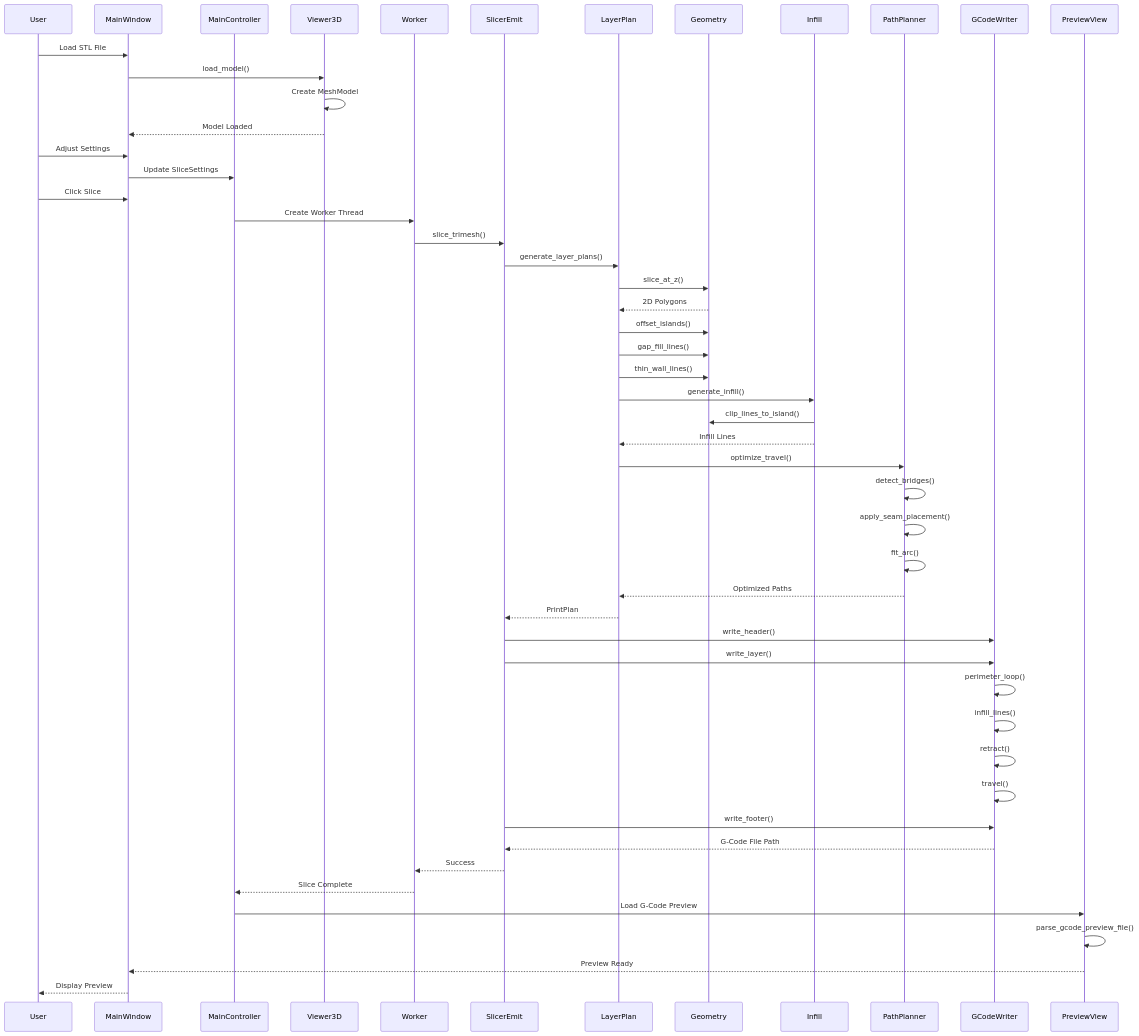
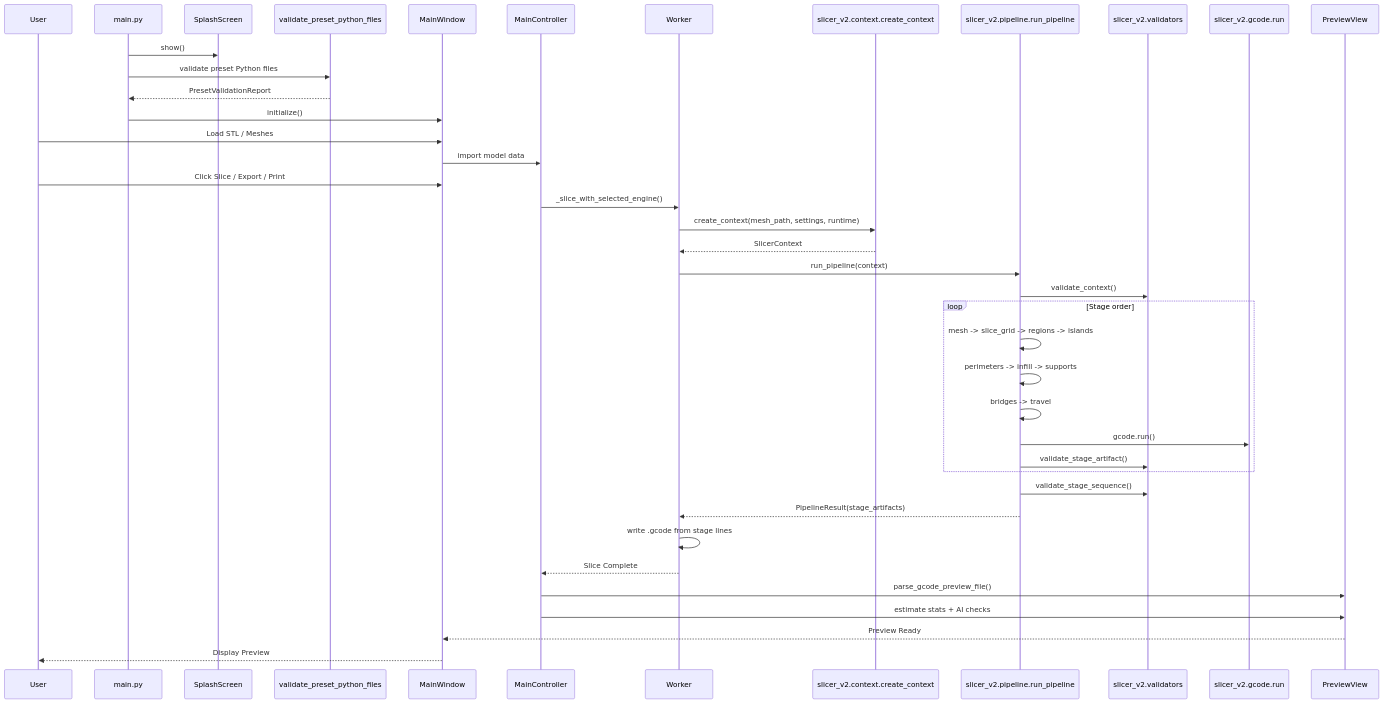
One commit to Electrovian/Project-PrintNet changed the diagram in Research/MitchellCharts/charts/component_interaction_flow.md. Above: the diagram before and after it, drawn with Mermaid. The commit also changed 82 other files, not shown here.

````diff
--- a/Research/MitchellCharts/charts/component_interaction_flow.md
+++ b/Research/MitchellCharts/charts/component_interaction_flow.md
@@ -3,63 +3,49 @@
 ```mermaid
 sequenceDiagram
     participant User
+    participant AppMain as main.py
+    participant Splash as SplashScreen
+    participant PresetCheck as validate_preset_python_files
     participant MainWindow
     participant MainController
-    participant Viewer3D
     participant Worker
-    participant SlicerEmit
-    participant LayerPlan
-    participant Geometry
-    participant Infill
-    participant PathPlanner
-    participant GCodeWriter
+    participant V2Context as slicer_v2.context.create_context
+    participant Pipeline as slicer_v2.pipeline.run_pipeline
+    participant Validators as slicer_v2.validators
+    participant GCodeStage as slicer_v2.gcode.run
     participant PreviewView
 
-    User->>MainWindow: Load STL File
-    MainWindow->>Viewer3D: load_model()
-    Viewer3D->>Viewer3D: Create MeshModel
-    Viewer3D-->>MainWindow: Model Loaded
+    AppMain->>Splash: show()
+    AppMain->>PresetCheck: validate preset Python files
+    PresetCheck-->>AppMain: PresetValidationReport
+    AppMain->>MainWindow: initialize()
 
-    User->>MainWindow: Adjust Settings
-    MainWindow->>MainController: Update SliceSettings
+    User->>MainWindow: Load STL / Meshes
+    MainWindow->>MainController: import model data
 
-    User->>MainWindow: Click Slice
-    MainController->>Worker: Create Worker Thread
-    Worker->>SlicerEmit: slice_trimesh()
+    User->>MainWindow: Click Slice / Export / Print
+    MainController->>Worker: _slice_with_selected_engine()
 
-    SlicerEmit->>LayerPlan: generate_layer_plans()
-    LayerPlan->>Geometry: slice_at_z()
-    Geometry-->>LayerPlan: 2D Polygons
+    Worker->>V2Context: create_context(mesh_path, settings, runtime)
+    V2Context-->>Worker: SlicerContext
+    Worker->>Pipeline: run_pipeline(context)
+    Pipeline->>Validators: validate_context()
 
-    LayerPlan->>Geometry: offset_islands()
-    LayerPlan->>Geometry: gap_fill_lines()
-    LayerPlan->>Geometry: thin_wall_lines()
+    loop Stage order
+        Pipeline->>Pipeline: mesh -> slice_grid -> regions -> islands
+        Pipeline->>Pipeline: perimeters -> infill -> supports
+        Pipeline->>Pipeline: bridges -> travel
+        Pipeline->>GCodeStage: gcode.run()
+        Pipeline->>Validators: validate_stage_artifact()
+    end
 
-    LayerPlan->>Infill: generate_infill()
-    Infill->>Geometry: clip_lines_to_island()
-    Infill-->>LayerPlan: Infill Lines
+    Pipeline->>Validators: validate_stage_sequence()
+    Pipeline-->>Worker: PipelineResult(stage_artifacts)
 
-    LayerPlan->>PathPlanner: optimize_travel()
-    PathPlanner->>PathPlanner: detect_bridges()
-    PathPlanner->>PathPlanner: apply_seam_placement()
-    PathPlanner->>PathPlanner: fit_arc()
-    PathPlanner-->>LayerPlan: Optimized Paths
-
-    LayerPlan-->>SlicerEmit: PrintPlan
-
-    SlicerEmit->>GCodeWriter: write_header()
-    SlicerEmit->>GCodeWriter: write_layer()
-    GCodeWriter->>GCodeWriter: perimeter_loop()
-    GCodeWriter->>GCodeWriter: infill_lines()
-    GCodeWriter->>GCodeWriter: retract()
-    GCodeWriter->>GCodeWriter: travel()
-    SlicerEmit->>GCodeWriter: write_footer()
-    GCodeWriter-->>SlicerEmit: G-Code File Path
-
-    SlicerEmit-->>Worker: Success
+    Worker->>Worker: write .gcode from stage lines
     Worker-->>MainController: Slice Complete
-    MainController->>PreviewView: Load G-Code Preview
-    PreviewView->>PreviewView: parse_gcode_preview_file()
+    MainController->>PreviewView: parse_gcode_preview_file()
+    MainController->>PreviewView: estimate stats + AI checks
     PreviewView-->>MainWindow: Preview Ready
     MainWindow-->>User: Display Preview
 ```
````
